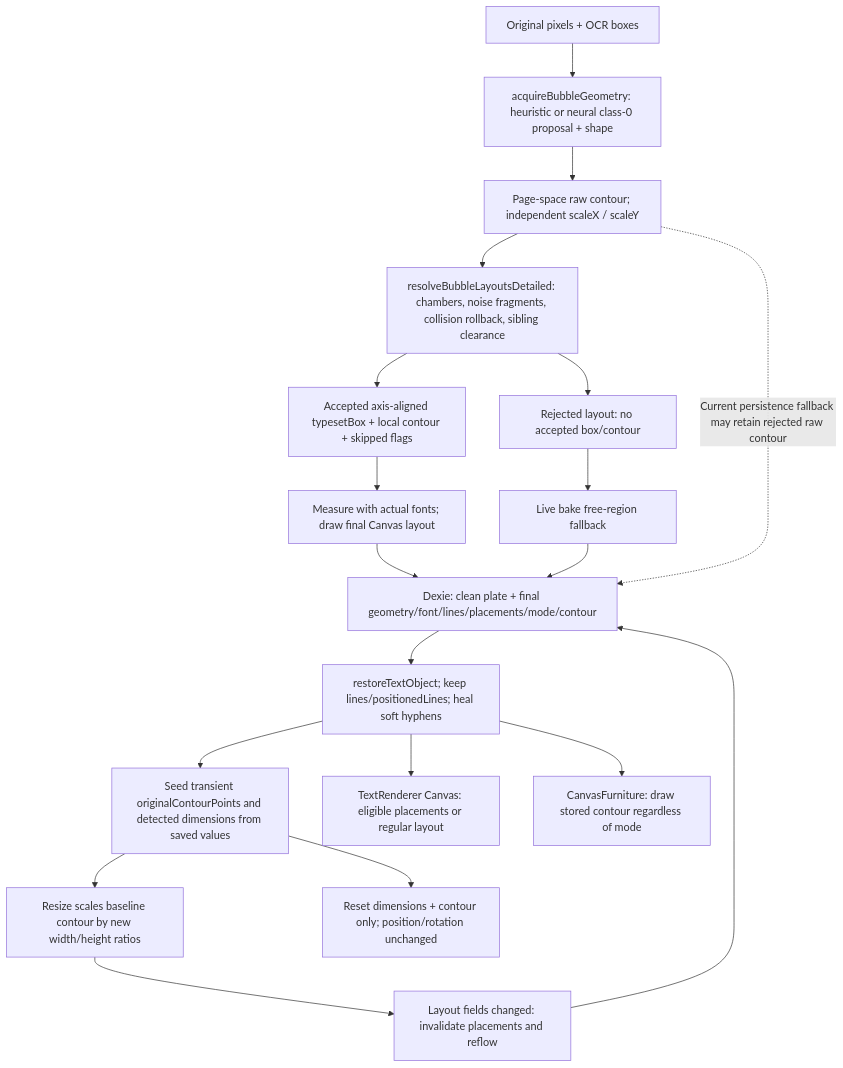
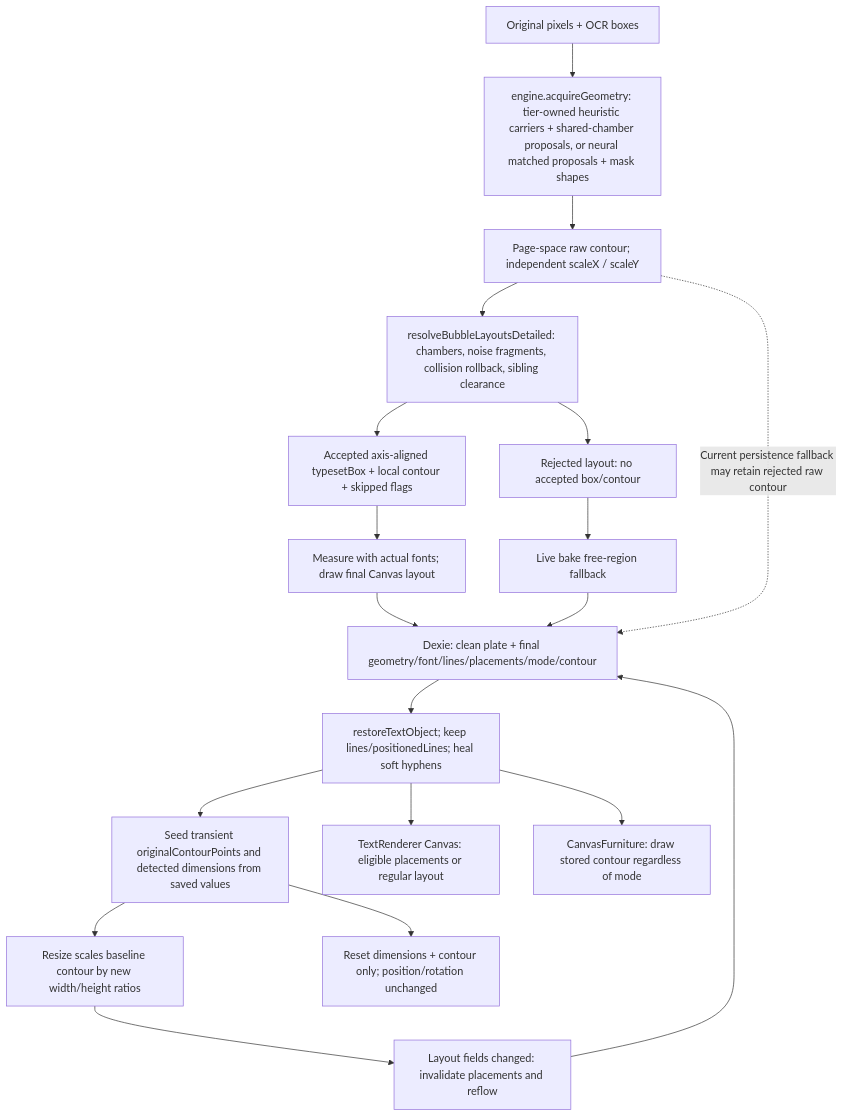
The third of 3 diagrams in docs/architecture/studio-and-typesetting.md (Unheat/Kites), drawn with Mermaid before and after one commit. The commit also changed 15 other files, not shown here.

Commit message:
refactor(bubble): engine-owned tier geometry isolates heuristic from neural YOLO

````diff
--- a/docs/architecture/studio-and-typesetting.md
+++ b/docs/architecture/studio-and-typesetting.md
@@ -163,21 +163,21 @@
 ```mermaid
 flowchart TD
-    Source["Original pixels + OCR boxes"] --> Geometry["acquireBubbleGeometry: heuristic or neural class-0 proposal + shape"]
+    Source["Original pixels + OCR boxes"] --> Geometry["engine.acquireGeometry: tier-owned heuristic carriers + shared-chamber proposals, or neural matched proposals + mask shapes"]
     Geometry --> Raw["Page-space raw contour; independent scaleX / scaleY"]
     Raw --> Resolve["resolveBubbleLayoutsDetailed: chambers, noise fragments, collision rollback, sibling clearance"]
     Resolve --> Accepted["Accepted axis-aligned typesetBox + local contour + skipped flags"]
     Resolve --> Rejected["Rejected layout: no accepted box/contour"]
     Accepted --> Bake["Measure with actual fonts; draw final Canvas layout"]
     Rejected --> Free["Live bake free-region fallback"]
     Bake --> Save["Dexie: clean plate + final geometry/font/lines/placements/mode/contour"]
     Free --> Save
     Raw -.->|"Current persistence fallback may retain rejected raw contour"| Save
     Save --> Restore["restoreTextObject; keep lines/positionedLines; heal soft hyphens"]
     Restore --> Baseline["Seed transient originalContourPoints and detected dimensions from saved values"]
     Restore --> Paint["TextRenderer Canvas: eligible placements or regular layout"]
     Restore --> Outline["CanvasFurniture: draw stored contour regardless of mode"]
     Baseline --> Resize["Resize scales baseline contour by new width/height ratios"]
     Resize --> Reflow["Layout fields changed: invalidate placements and reflow"]
     Reflow --> Save
     Baseline --> Reset["Reset dimensions + contour only; position/rotation unchanged"]
 ```
````
